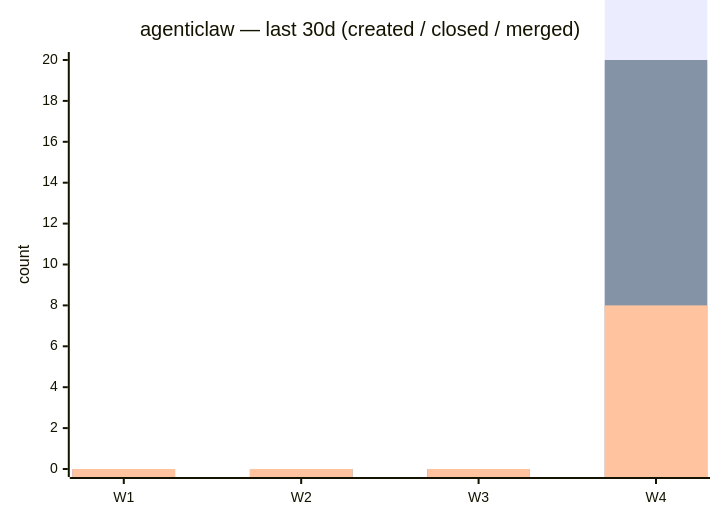
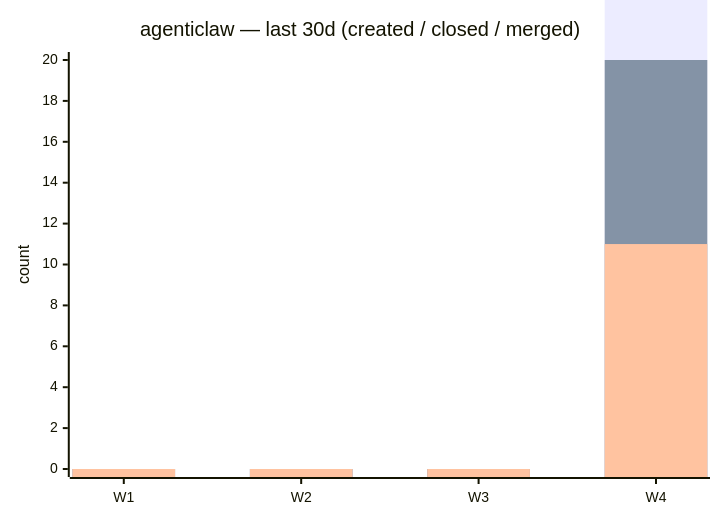
Before and after one commit to agentiagency/.github: the diagram in profile/README.md, drawn with Mermaid. The commit also changed other lines of this file, not shown here.

````diff
--- a/profile/README.md
+++ b/profile/README.md
@@ -98,9 +98,9 @@
 ```mermaid
 xychart-beta
   title "agenticlaw — last 30d (created / closed / merged)"
   x-axis ["W1", "W2", "W3", "W4"]
   y-axis "count" 0 --> 20
   bar [0, 0, 0, 42]
   bar [0, 0, 0, 20]
-  bar [0, 0, 0, 8]
+  bar [0, 0, 0, 11]
 ```
````
